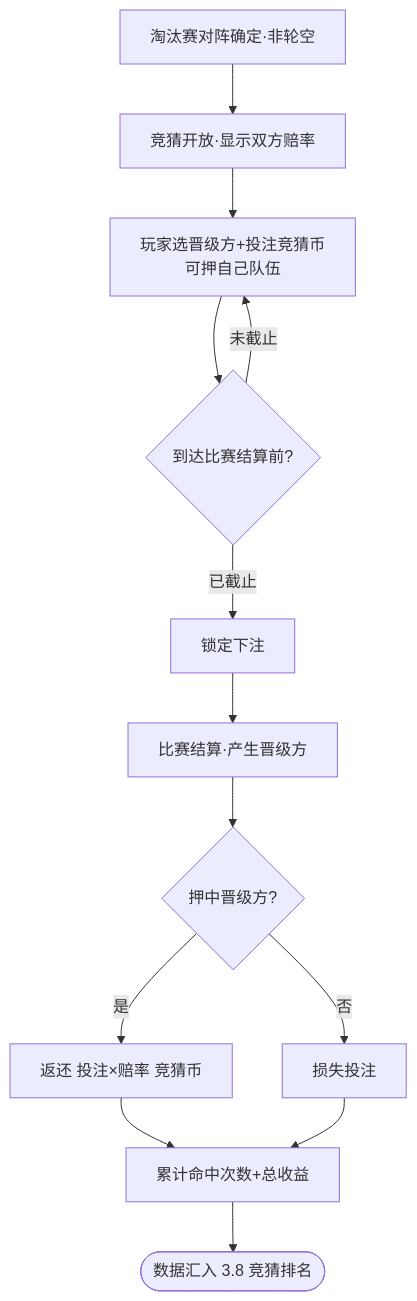
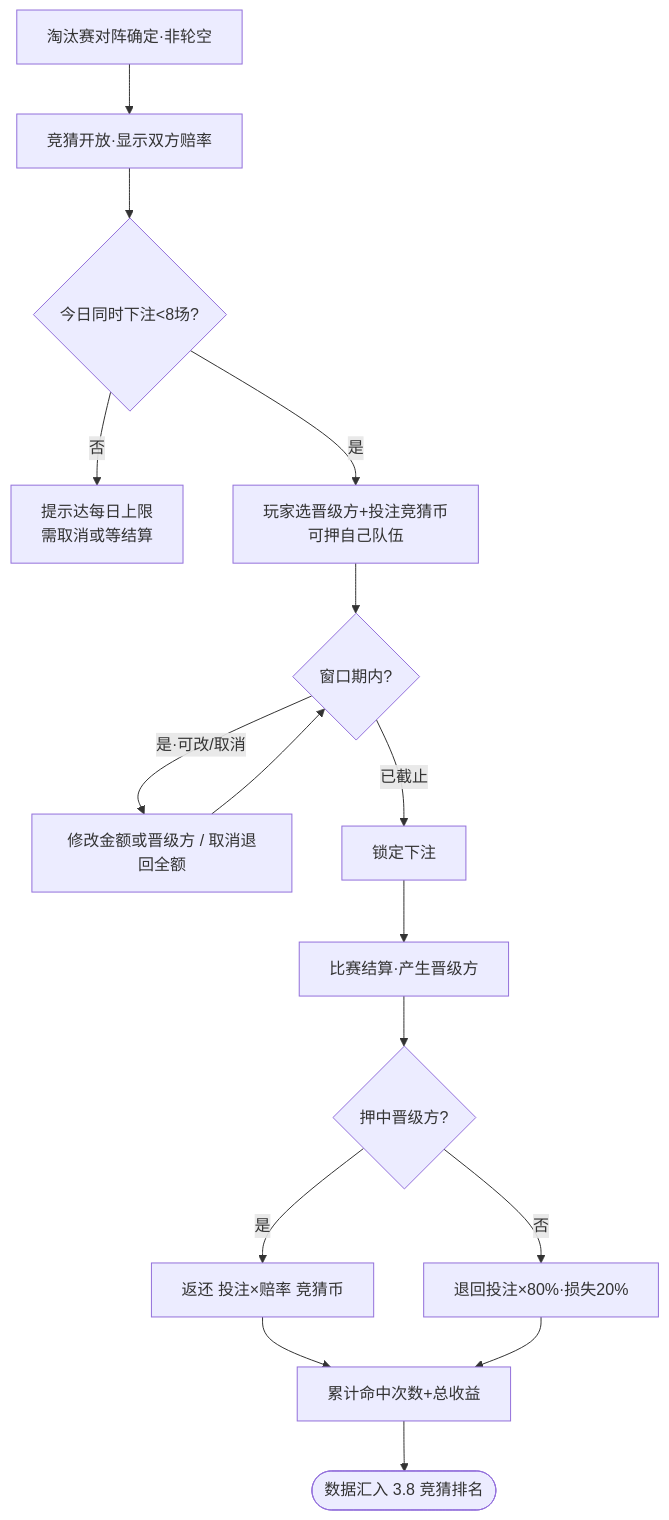
The seventh of 11 diagrams in output/2026世界杯主题活动-开发文档.md (RehearsalTap4Fun/MindToDoc), drawn with Mermaid before and after one commit. The commit also changed other lines of this file and 1 other file, not shown here.

Commit message:
feat: 竞猜补充改/取消下注、每日上限8场、失败退80%

````diff
--- a/output/2026世界杯主题活动-开发文档.md
+++ b/output/2026世界杯主题活动-开发文档.md
@@ -690,15 +691,18 @@
 ```mermaid
 flowchart TD
     A[淘汰赛对阵确定·非轮空] --> B[竞猜开放·显示双方赔率]
-    B --> C[玩家选晋级方+投注竞猜币<br/>可押自己队伍]
-    C --> D{到达比赛结算前?}
-    D -->|未截止| C
-    D -->|已截止| E[锁定下注]
-    E --> F[比赛结算·产生晋级方]
-    F --> G{押中晋级方?}
-    G -->|是| H[返还 投注×赔率 竞猜币]
-    G -->|否| I[损失投注]
-    H --> J[累计命中次数+总收益]
-    I --> J
-    J --> K([数据汇入 3.8 竞猜排名])
+    B --> C{今日同时下注<8场?}
+    C -->|否| C2[提示达每日上限<br/>需取消或等结算]
+    C -->|是| D[玩家选晋级方+投注竞猜币<br/>可押自己队伍]
+    D --> E{窗口期内?}
+    E -->|是·可改/取消| F[修改金额或晋级方 / 取消退回全额]
+    F --> E
+    E -->|已截止| G[锁定下注]
+    G --> H[比赛结算·产生晋级方]
+    H --> I{押中晋级方?}
+    I -->|是| J[返还 投注×赔率 竞猜币]
+    I -->|否| K[退回投注×80%·损失20%]
+    J --> L[累计命中次数+总收益]
+    K --> L
+    L --> M([数据汇入 3.8 竞猜排名])
 ```
````
